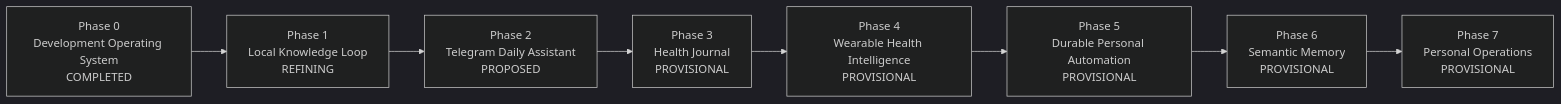
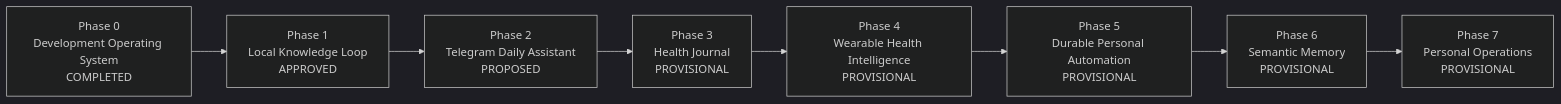
Before and after one commit to bo-ora/PAIOS: the diagram in docs/ROADMAP.md, drawn with Mermaid (dark theme). The commit also changed other lines of this file and 4 other files, not shown here.

````diff
--- a/docs/ROADMAP.md
+++ b/docs/ROADMAP.md
@@ -24,13 +24,13 @@
 ```mermaid
 flowchart LR
     P0["Phase 0<br/>Development Operating System<br/>COMPLETED"]
-    P1["Phase 1<br/>Local Knowledge Loop<br/>REFINING"]
+    P1["Phase 1<br/>Local Knowledge Loop<br/>APPROVED"]
     P2["Phase 2<br/>Telegram Daily Assistant<br/>PROPOSED"]
     P3["Phase 3<br/>Health Journal<br/>PROVISIONAL"]
     P4["Phase 4<br/>Wearable Health Intelligence<br/>PROVISIONAL"]
     P5["Phase 5<br/>Durable Personal Automation<br/>PROVISIONAL"]
     P6["Phase 6<br/>Semantic Memory<br/>PROVISIONAL"]
     P7["Phase 7<br/>Personal Operations<br/>PROVISIONAL"]
 
     P0 --> P1 --> P2 --> P3 --> P4 --> P5 --> P6 --> P7
 ```
````
